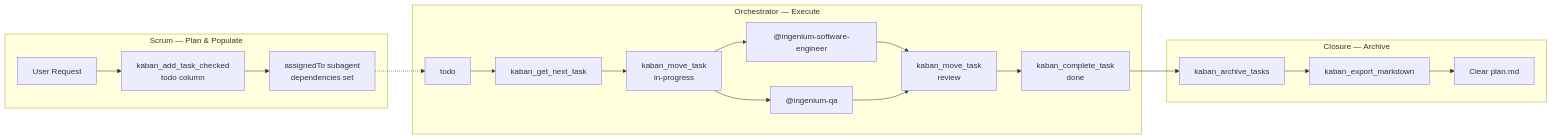
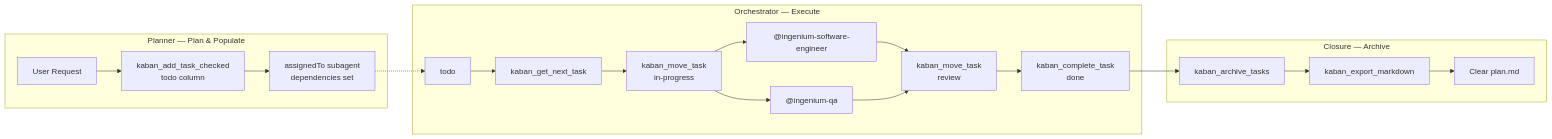
The second of 4 diagrams in docs/agents.md (jtmb/ingenium), drawn with Mermaid before and after one commit. The commit also changed other lines of this file and 6 other files, not shown here.

First line of the commit message:
refactor(agent): rename ingenium-scrum to ingenium-planner

````diff
--- a/docs/agents.md
+++ b/docs/agents.md
@@ -89,25 +89,25 @@
 ```mermaid
 flowchart LR
-    subgraph Scrum["Scrum — Plan & Populate"]
+    subgraph Planner["Planner — Plan & Populate"]
         REQ["User Request"] --> CREATE["kaban_add_task_checked<br/>todo column"]
         CREATE --> ASSIGN["assignedTo subagent<br/>dependencies set"]
     end
     
     subgraph Orchestrator["Orchestrator — Execute"]
         TODO["todo"] --> NEXT["kaban_get_next_task"]
         NEXT --> INPROG["kaban_move_task<br/>in-progress"]
         INPROG --> SE["@ingenium-software-engineer"]
         INPROG --> QA["@ingenium-qa"]
         SE --> REVIEW["kaban_move_task<br/>review"]
         QA --> REVIEW
         REVIEW --> DONE["kaban_complete_task<br/>done"]
     end
     
     subgraph Closure["Closure — Archive"]
         DONE --> ARCHIVE["kaban_archive_tasks"]
         ARCHIVE --> EXPORT["kaban_export_markdown"]
         EXPORT --> CLEAR["Clear plan.md"]
     end
 
     ASSIGN -.-> TODO
 ```
````
